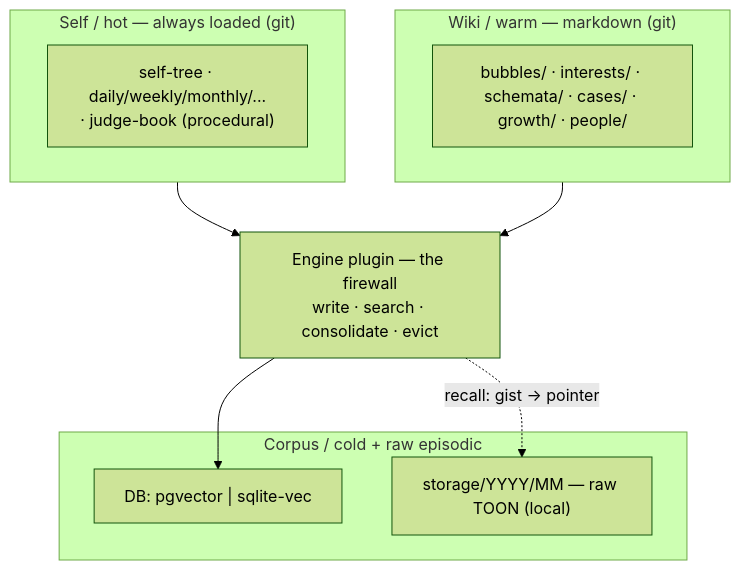
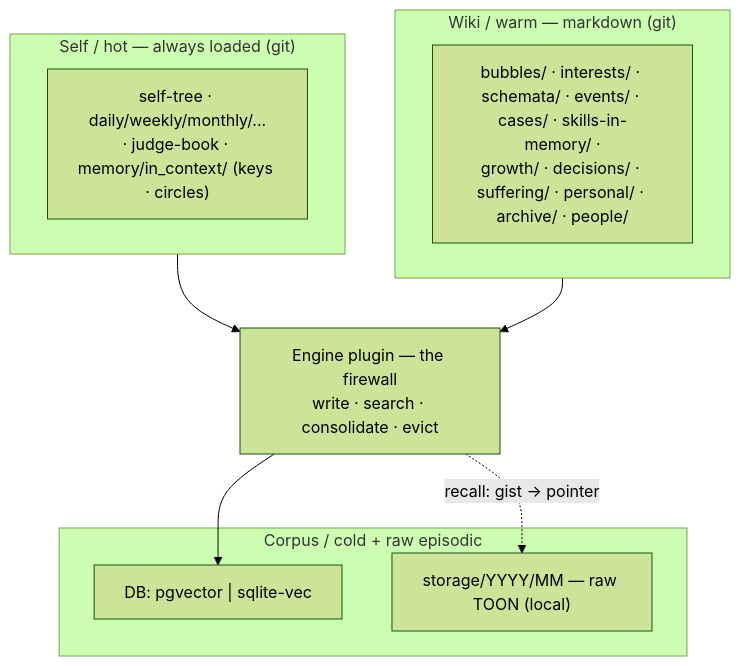
The first of 3 diagrams in work_dir/saori/zero_to_one_memory/03_high_level_implementation.md (syahiidkamil/vibe-ai-partner-entity), drawn with Mermaid (forest theme) before and after one commit. The commit also changed other lines of this file and 2 other files, not shown here.

First line of the commit message:
docs(memory): zero_to_one — full subject anatomy, in_context pack, HORMA validation

````diff
--- a/work_dir/saori/zero_to_one_memory/03_high_level_implementation.md
+++ b/work_dir/saori/zero_to_one_memory/03_high_level_implementation.md
@@ -16,18 +16,18 @@
 ```mermaid
 flowchart TB
     subgraph HOT["Self / hot — always loaded (git)"]
-        SELFTREE["self-tree · daily/weekly/monthly/...<br/>· judge-book (procedural)"]
+        SELFTREE["self-tree · daily/weekly/monthly/...<br/>· judge-book · memory/in_context/ (keys · circles)"]
     end
     subgraph WARM["Wiki / warm — markdown (git)"]
-        WIKI["bubbles/ · interests/ · schemata/ · cases/ · growth/ · people/"]
+        WIKI["bubbles/ · interests/ · schemata/ · events/ · cases/ · skills-in-memory/ ·<br/>growth/ · decisions/ · suffering/ · personal/ · archive/ · people/"]
     end
     subgraph COLD["Corpus / cold + raw episodic"]
         DB["DB: pgvector | sqlite-vec"]
         STORE["storage/YYYY/MM — raw TOON (local)"]
     end
     FW["Engine plugin — the firewall<br/>write · search · consolidate · evict"]
     HOT --> FW
     WARM --> FW
     FW --> DB
     FW -.->|recall: gist → pointer| STORE
 ```
````
